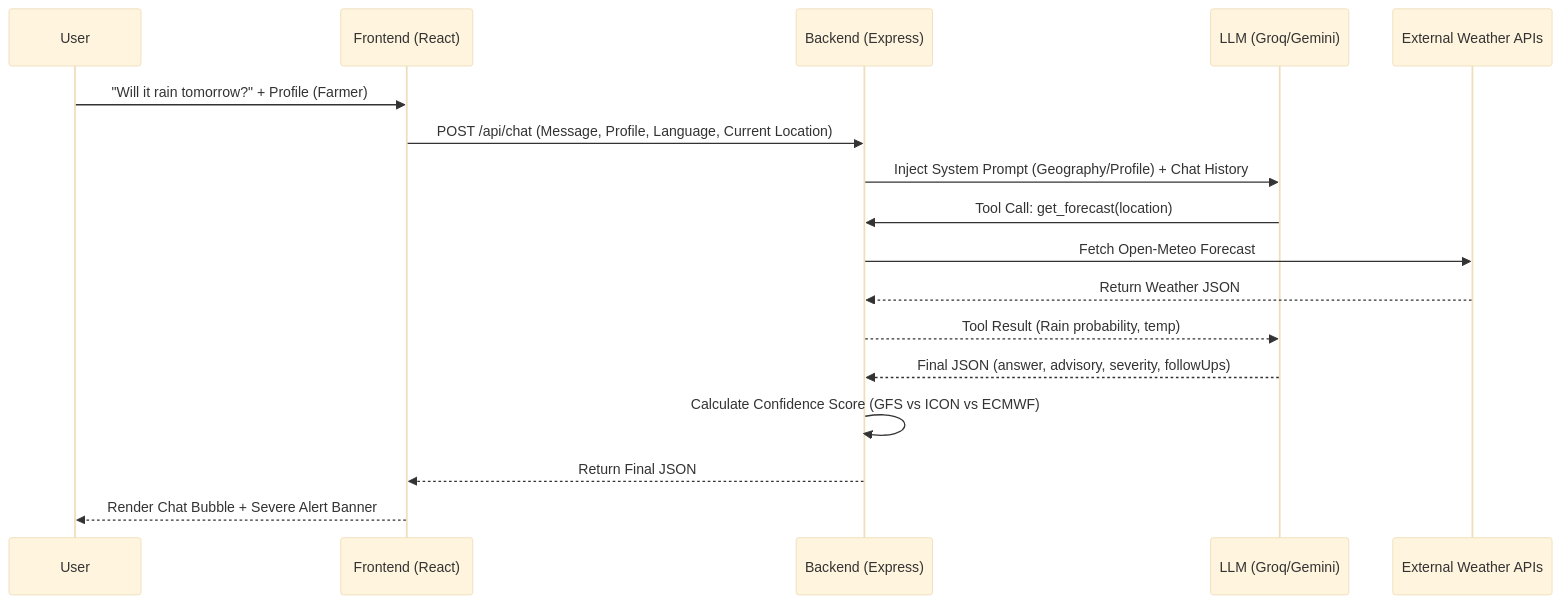
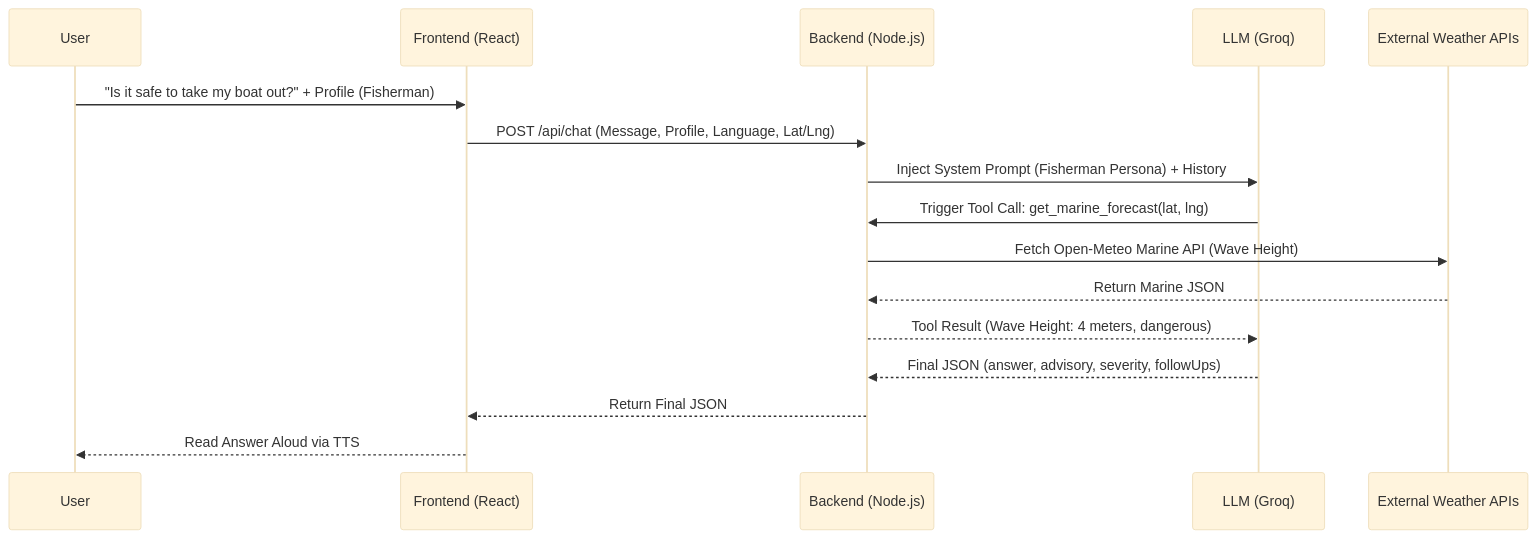
The second of 3 diagrams in README.md (omcodes16/make-to-win), drawn with Mermaid (base theme) before and after one commit. The commit also changed other lines of this file, not shown here.

Commit message:
docs: Finalize ultimate PPT-ready README with detailed flowcharts and innovations

````diff
--- a/README.md
+++ b/README.md
@@ -55,20 +53,19 @@
 ```mermaid
 sequenceDiagram
     participant U as User
     participant F as Frontend (React)
-    participant B as Backend (Express)
-    participant AI as LLM (Groq/Gemini)
+    participant B as Backend (Node.js)
+    participant AI as LLM (Groq)
     participant API as External Weather APIs
 
-    U->>F: "Will it rain tomorrow?" + Profile (Farmer)
-    F->>B: POST /api/chat (Message, Profile, Language, Current Location)
-    B->>AI: Inject System Prompt (Geography/Profile) + Chat History
-    AI->>B: Tool Call: get_forecast(location)
-    B->>API: Fetch Open-Meteo Forecast
-    API-->>B: Return Weather JSON
-    B-->>AI: Tool Result (Rain probability, temp)
+    U->>F: "Is it safe to take my boat out?" + Profile (Fisherman)
+    F->>B: POST /api/chat (Message, Profile, Language, Lat/Lng)
+    B->>AI: Inject System Prompt (Fisherman Persona) + History
+    AI->>B: Trigger Tool Call: get_marine_forecast(lat, lng)
+    B->>API: Fetch Open-Meteo Marine API (Wave Height)
+    API-->>B: Return Marine JSON
+    B-->>AI: Tool Result (Wave Height: 4 meters, dangerous)
     AI-->>B: Final JSON (answer, advisory, severity, followUps)
-    B->>B: Calculate Confidence Score (GFS vs ICON vs ECMWF)
     B-->>F: Return Final JSON
-    F-->>U: Render Chat Bubble + Severe Alert Banner
+    F-->>U: Read Answer Aloud via TTS
 ```
````
